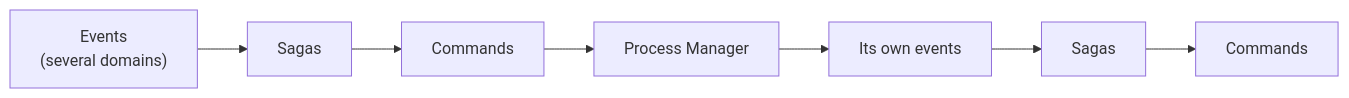
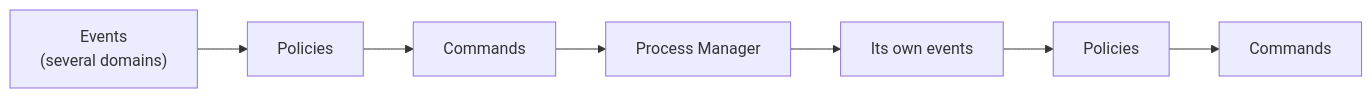
Before and after one commit to angzarr-io/angzarr-project: the fifth of 5 diagrams in site/src/content/docs/patterns-explained.mdx, drawn with Mermaid. The commit also changed other lines of this file and 52 other files, not shown here.

````diff
--- a/site/src/content/docs/patterns-explained.mdx
+++ b/site/src/content/docs/patterns-explained.mdx
@@ -241,5 +241,5 @@
 ```mermaid
 flowchart LR
-    E["Events<br/>(several domains)"] --> SI[Sagas] --> K["Commands"] --> PM[Process Manager]
-    PM --> P["Its own events"] --> SO[Sagas] --> C[Commands]
+    E["Events<br/>(several domains)"] --> SI[Policies] --> K["Commands"] --> PM[Process Manager]
+    PM --> P["Its own events"] --> SO[Policies] --> C[Commands]
 ```
````
